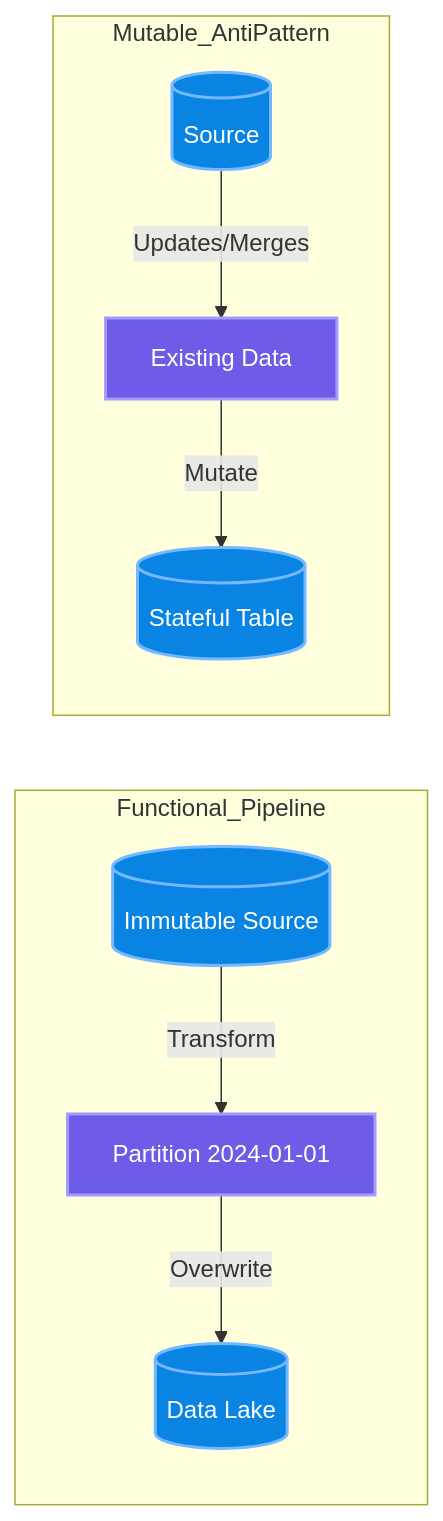
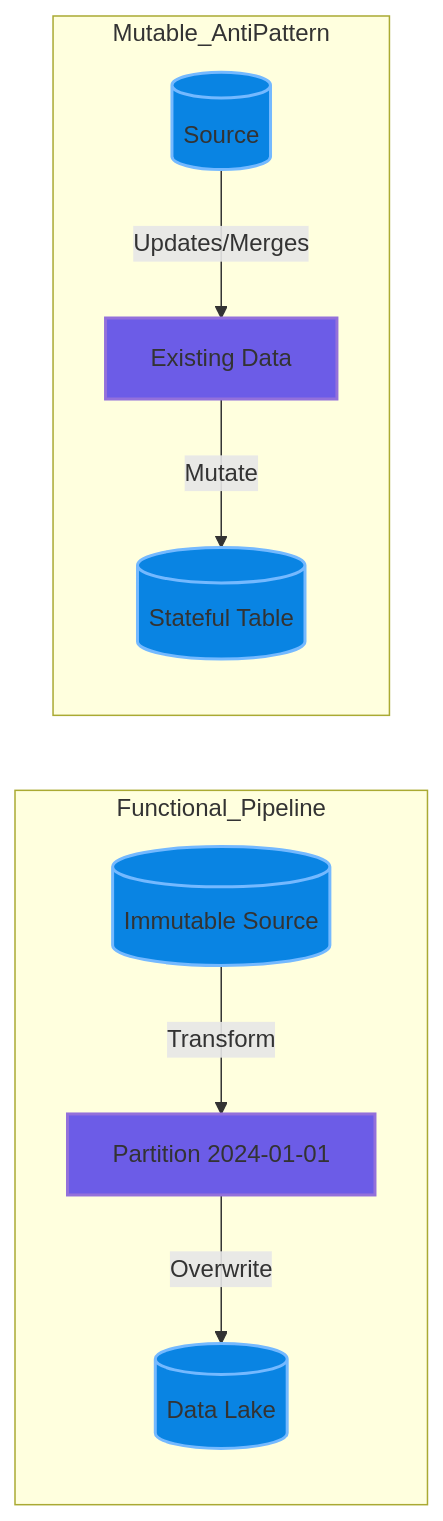
Before and after one commit to visuvishwa99/second_brain: the diagram in 02_Brain/pages/08_Architecture/Functional_Data_Engineering.md, drawn with Mermaid. The commit also changed other lines of this file and 91 other files, not shown here.

````diff
--- a/02_Brain/pages/08_Architecture/Functional_Data_Engineering.md
+++ b/02_Brain/pages/08_Architecture/Functional_Data_Engineering.md
@@ -68,17 +68,17 @@
 ```mermaid
 flowchart LR
-    classDef logic fill:#2d3436,stroke:#dfe6e9,stroke-width:2px,color:#fff
-    classDef storage fill:#0984e3,stroke:#74b9ff,stroke-width:2px,color:#fff
-    classDef process fill:#6c5ce7,stroke:#a29bfe,stroke-width:2px,color:#fff
-    classDef group fill:#f1f2f6,stroke:#2f3542,stroke-width:1px,color:#2d3436
+ classDef logic fill:#2d3436,stroke:,stroke-width:2px,color:
+ classDef storage fill:#0984e3,stroke:#74b9ff,stroke-width:2px,color:
+ classDef process fill:#6c5ce7,stroke:,stroke-width:2px,color:
+ classDef group fill:,stroke:#2f3542,stroke-width:1px,color:#2d3436
 
-    subgraph Functional_Pipeline
-        Input[(Immutable Source)]:::storage -->|Transform| P1[Partition 2024-01-01]:::process
-        P1 -->|Overwrite| Output[(Data Lake)]:::storage
-    end
-    
-    subgraph Mutable_AntiPattern
-        Input2[(Source)]:::storage -->|Updates/Merges| P2[Existing Data]:::process
-        P2 -->|Mutate| Output2[(Stateful Table)]:::storage
-    end
+ subgraph Functional_Pipeline
+ Input[(Immutable Source)]:::storage -->|Transform| P1[Partition 2024-01-01]:::process
+ P1 -->|Overwrite| Output[(Data Lake)]:::storage
+ end
+
+ subgraph Mutable_AntiPattern
+ Input2[(Source)]:::storage -->|Updates/Merges| P2[Existing Data]:::process
+ P2 -->|Mutate| Output2[(Stateful Table)]:::storage
+ end
 ```
````
